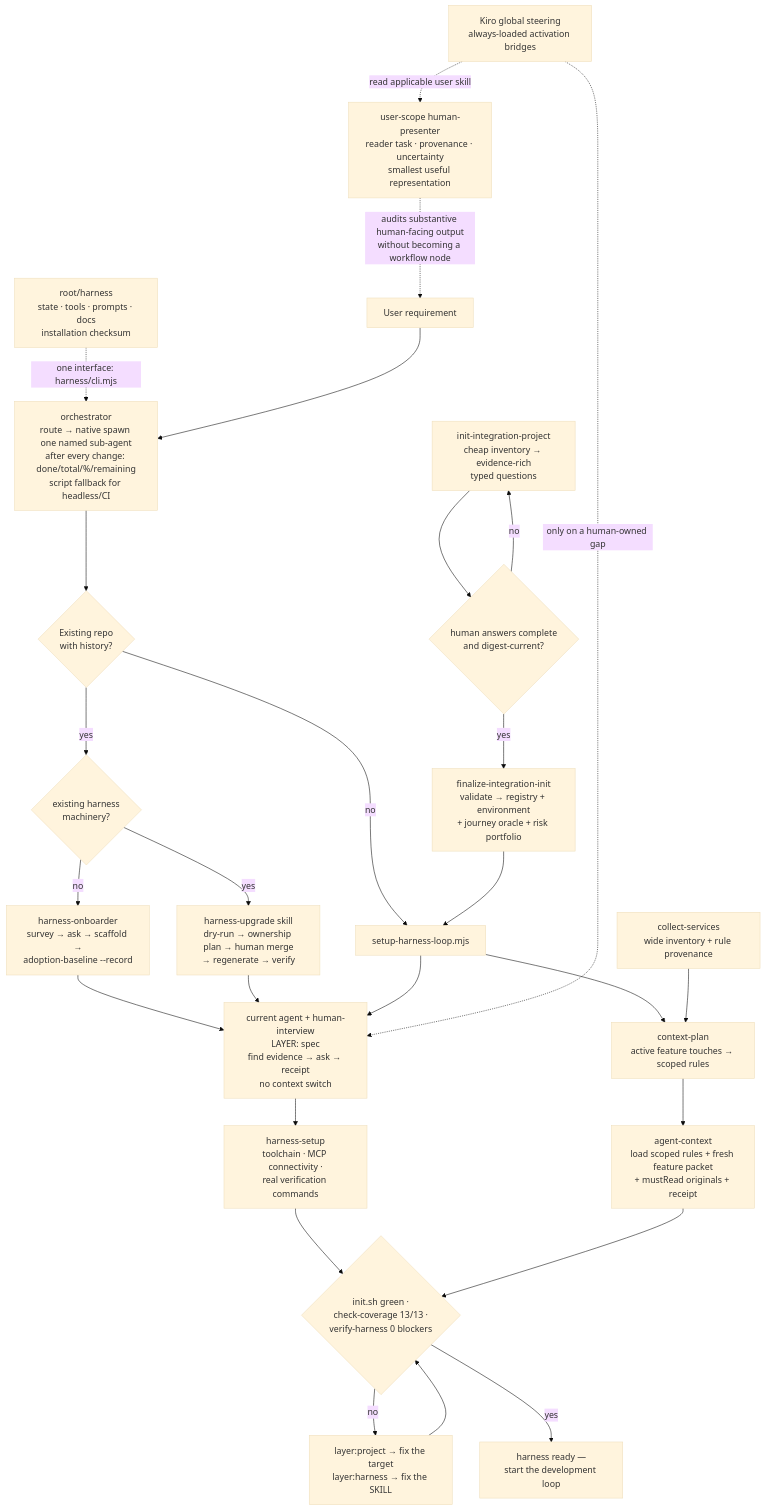
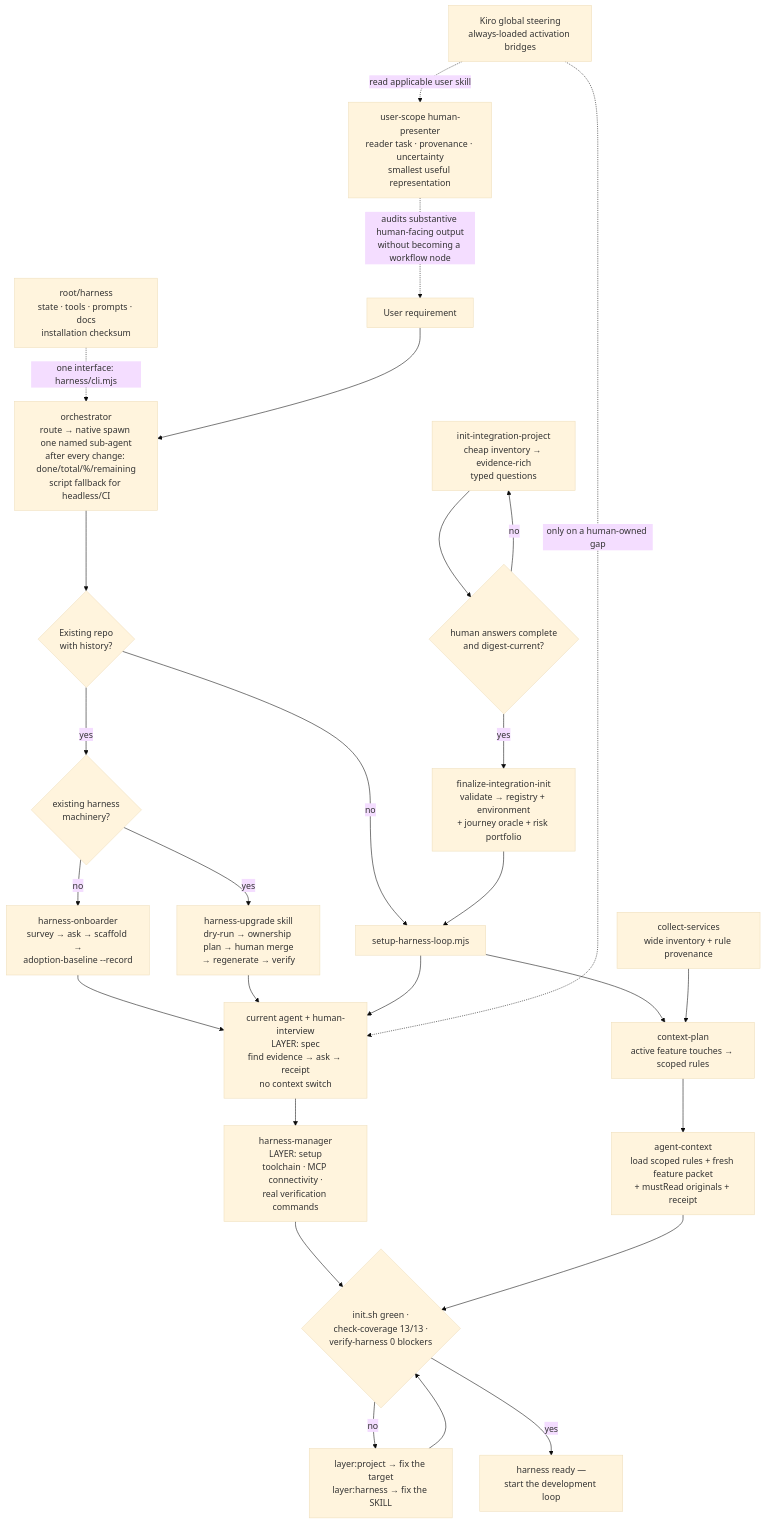
One commit to truonghedspi/harness changed the diagram in harness-loop/references/workflow-onboarding.md. Above: the diagram before and after it, drawn with Mermaid (base theme). The commit also changed 65 other files, not shown here.

````diff
--- a/harness-loop/references/workflow-onboarding.md
+++ b/harness-loop/references/workflow-onboarding.md
@@ -20,30 +20,30 @@
 ```mermaid
 flowchart TD
     HC["root/harness\nstate · tools · prompts · docs\ninstallation checksum"] -. "one interface: harness/cli.mjs" .-> O
     KS["Kiro global steering\nalways-loaded activation bridges"] -. "read applicable user skill" .-> HP
     HP["user-scope human-presenter\nreader task · provenance · uncertainty\nsmallest useful representation"] -. "audits substantive human-facing output\nwithout becoming a workflow node" .-> A
     A["User requirement"] --> O["orchestrator\nroute → native spawn one named sub-agent\nafter every change: done/total/%/remaining\nscript fallback for headless/CI"]
     O --> ADOPT{"Existing repo\nwith history?"}
     ADOPT -- yes --> EH{"existing harness\nmachinery?"}
     EH -- no --> ON["harness-onboarder\nsurvey → ask → scaffold →\nadoption-baseline --record"]
     EH -- yes --> HU["harness-upgrade skill\ndry-run → ownership plan → human merge\n→ regenerate → verify"]
     ADOPT -- no --> B["setup-harness-loop.mjs"]
     ON --> HI
     HU --> HI
     B --> HI["current agent + human-interview\nLAYER: spec\nfind evidence → ask → receipt\nno context switch"]
     KS -. "only on a human-owned gap" .-> HI
-    HI --> SU["harness-setup\ntoolchain · MCP connectivity ·\nreal verification commands"]
+    HI --> SU["harness-manager\nLAYER: setup\ntoolchain · MCP connectivity ·\nreal verification commands"]
     SU --> GATES
     B --> CP
     CS["collect-services\nwide inventory + rule provenance"] --> CP["context-plan\nactive feature touches → scoped rules"]
     CP --> AC["agent-context\nload scoped rules + fresh feature packet\n+ mustRead originals + receipt"]
     AC --> GATES
     IIR["init-integration-project\ncheap inventory → evidence-rich\ntyped questions"] --> HR{"human answers complete\nand digest-current?"}
     HR -- no --> IIR
     HR -- yes --> IIF["finalize-integration-init\nvalidate → registry + environment\n+ journey oracle + risk portfolio"]
     IIF --> B
     GATES{"init.sh green ·\ncheck-coverage 13/13 ·\nverify-harness 0 blockers"}
     GATES -- no --> FIX["layer:project → fix the target\nlayer:harness → fix the SKILL"]
     FIX --> GATES
     GATES -- yes --> READY["harness ready —\nstart the development loop"]
 ```
````
